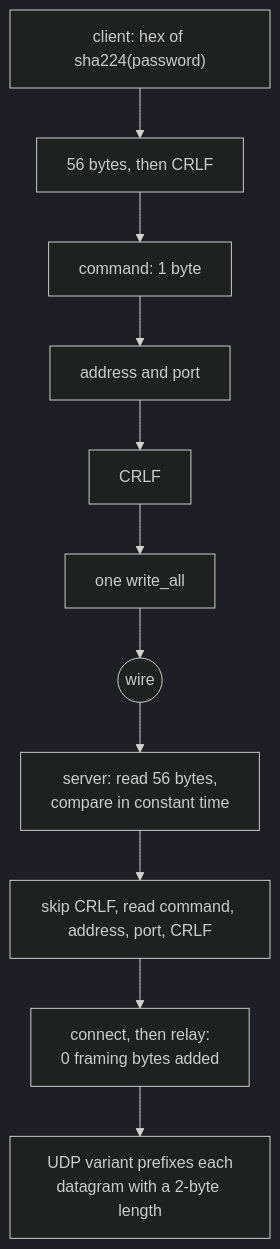
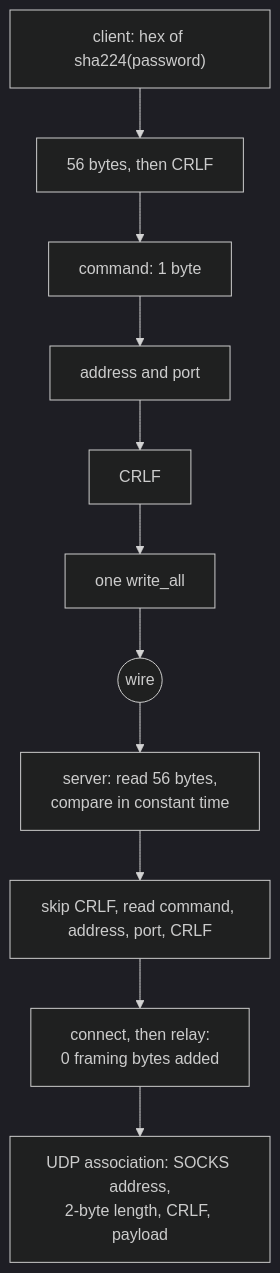
One commit to Ferrocite/ferrox changed the diagram in docs/function/trojan.md. Above: the diagram before and after it, drawn with Mermaid (dark theme). The commit also changed other lines of this file and 3 other files, not shown here.

````diff
--- a/docs/function/trojan.md
+++ b/docs/function/trojan.md
@@ -15,13 +17,13 @@
 ```mermaid
 graph TD
     C["client: hex of sha224(password)"] --> H1["56 bytes, then CRLF"]
     H1 --> H2["command: 1 byte"]
     H2 --> H3["address and port"]
     H3 --> H4["CRLF"]
     H4 --> H5["one write_all"]
     H5 --> W(("wire"))
     W --> S["server: read 56 bytes,<br/>compare in constant time"]
     S --> S2["skip CRLF, read command, address, port, CRLF"]
     S2 --> S3["connect, then relay:<br/>0 framing bytes added"]
-    S3 --> U["UDP variant prefixes each<br/>datagram with a 2-byte length"]
+    S3 --> U["UDP association: SOCKS address,<br/>2-byte length, CRLF, payload"]
 ```
````
